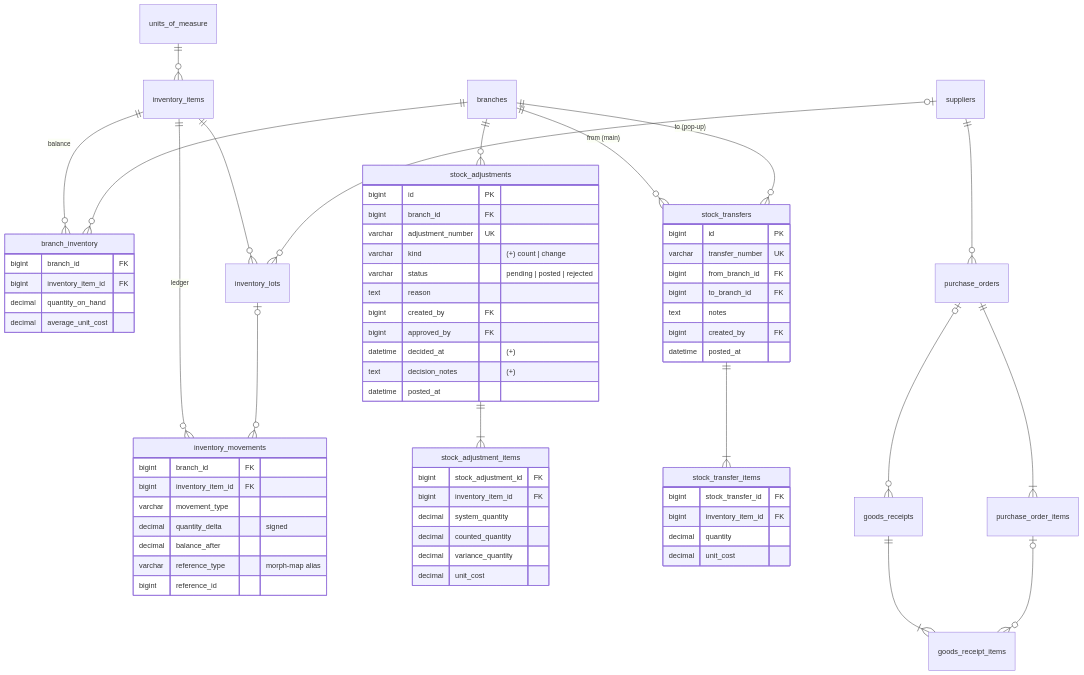
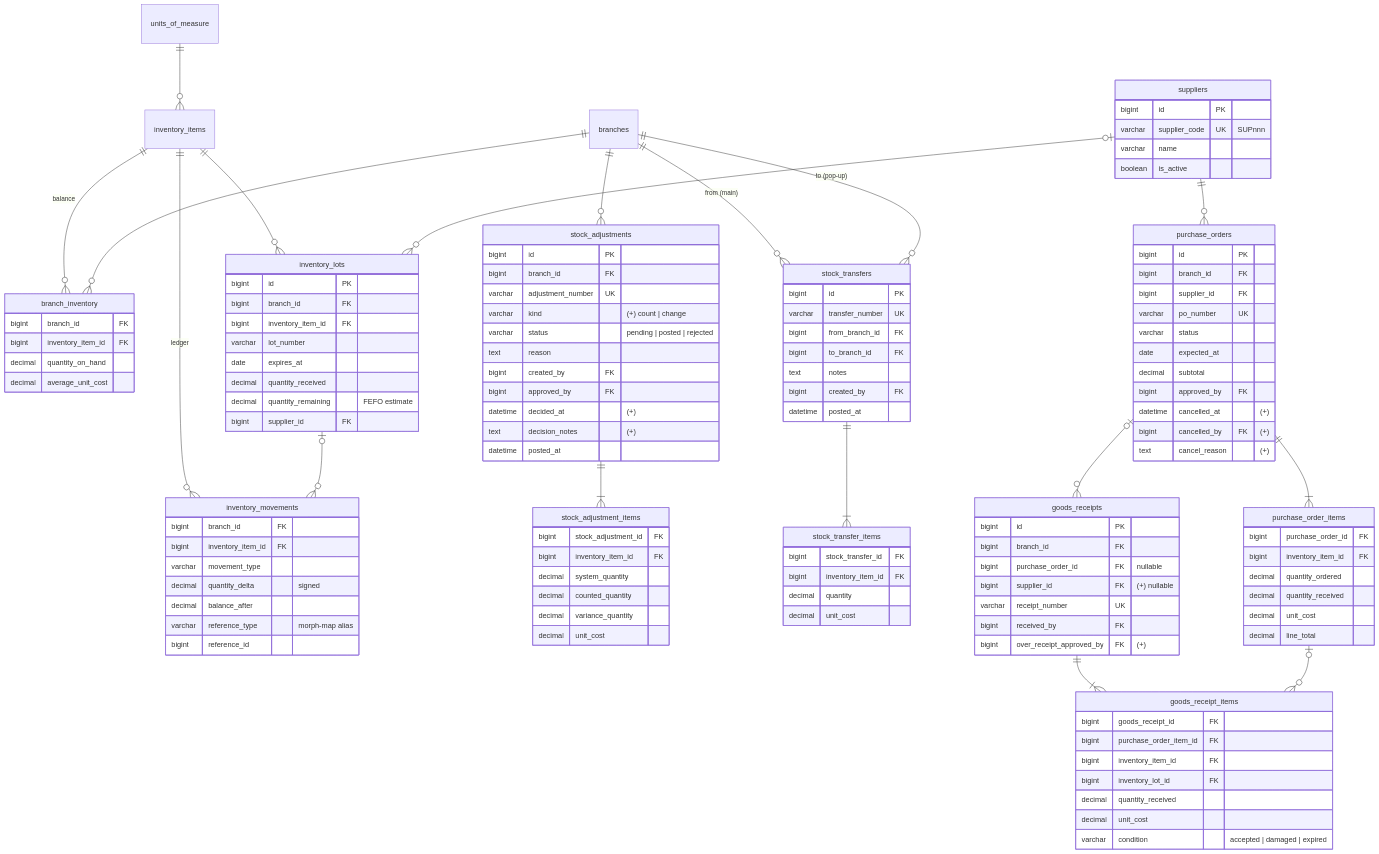
One commit to eichebiem/brevon-pos changed the fifth of 6 diagrams in docs/ERD.md. Above: the diagram before and after it, drawn with Mermaid. The commit also changed other lines of this file and 46 other files, not shown here.

````diff
--- a/docs/ERD.md
+++ b/docs/ERD.md
@@ -250,4 +250,47 @@
       bigint inventory_item_id FK
       decimal quantity
       decimal unit_cost }
+    suppliers { bigint id PK
+      varchar supplier_code UK "SUPnnn"
+      varchar name
+      boolean is_active }
+    purchase_orders { bigint id PK
+      bigint branch_id FK
+      bigint supplier_id FK
+      varchar po_number UK
+      varchar status
+      date expected_at
+      decimal subtotal
+      bigint approved_by FK
+      datetime cancelled_at "(+)"
+      bigint cancelled_by FK "(+)"
+      text cancel_reason "(+)" }
+    purchase_order_items { bigint purchase_order_id FK
+      bigint inventory_item_id FK
+      decimal quantity_ordered
+      decimal quantity_received
+      decimal unit_cost
+      decimal line_total }
+    goods_receipts { bigint id PK
+      bigint branch_id FK
+      bigint purchase_order_id FK "nullable"
+      bigint supplier_id FK "(+) nullable"
+      varchar receipt_number UK
+      bigint received_by FK
+      bigint over_receipt_approved_by FK "(+)" }
+    goods_receipt_items { bigint goods_receipt_id FK
+      bigint purchase_order_item_id FK
+      bigint inventory_item_id FK
+      bigint inventory_lot_id FK
+      decimal quantity_received
+      decimal unit_cost
+      varchar condition "accepted | damaged | expired" }
+    inventory_lots { bigint id PK
+      bigint branch_id FK
+      bigint inventory_item_id FK
+      varchar lot_number
+      date expires_at
+      decimal quantity_received
+      decimal quantity_remaining "FEFO estimate"
+      bigint supplier_id FK }
 ```
````
